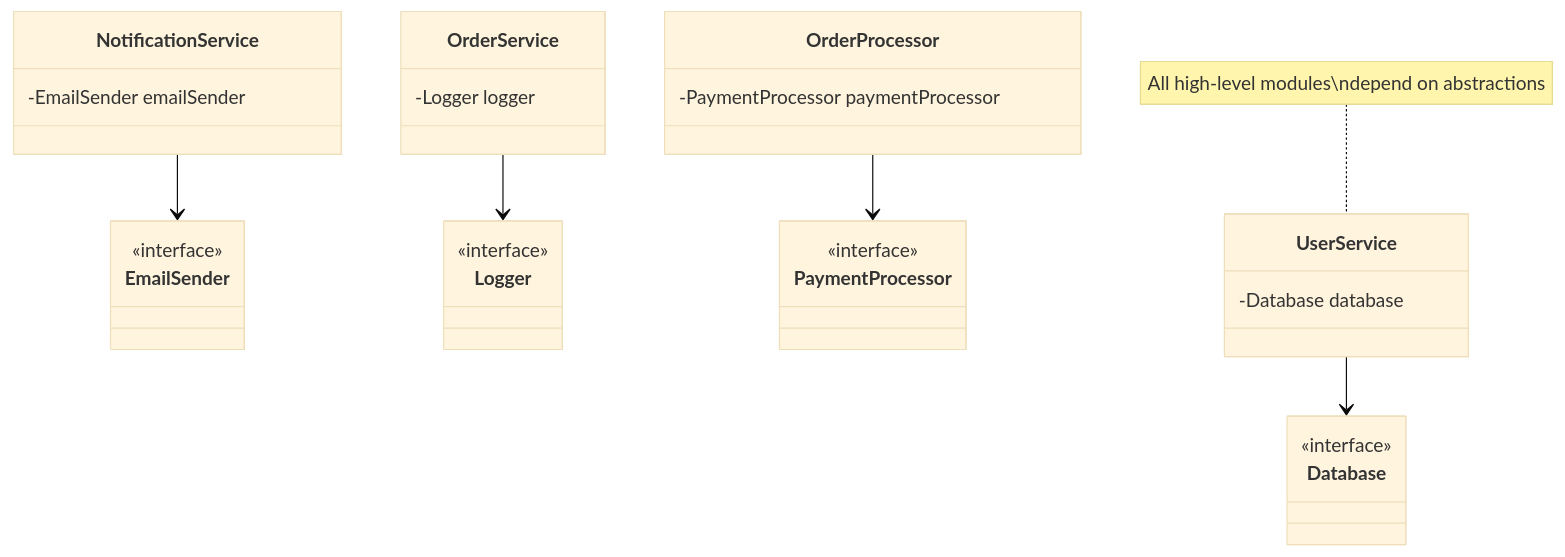
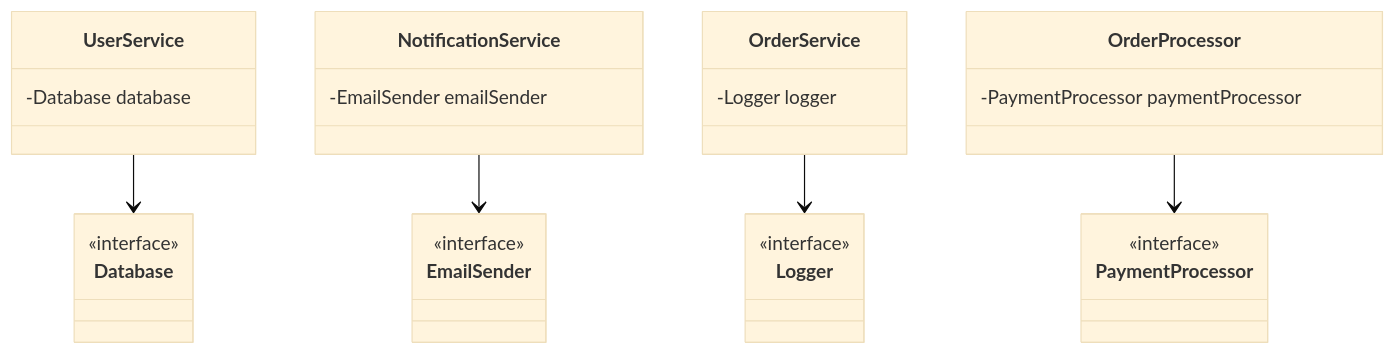
The second of 2 diagrams in Articles/SDT/Design Principles/SOLID/017 Dependency Inversion Principle - Fix.md (TroelsMortensen/Codelabs2), drawn with Mermaid (base theme) before and after one commit. The commit also changed other lines of this file and 10 other files, not shown here.

````diff
--- a/Articles/SDT/Design Principles/SOLID/017 Dependency Inversion Principle - Fix.md
+++ b/Articles/SDT/Design Principles/SOLID/017 Dependency Inversion Principle - Fix.md
@@ -321,41 +321,40 @@
 ```mermaid
 classDiagram
     class Database {
         <<interface>>
     }
     
     class EmailSender {
         <<interface>>
     }
     
     class Logger {
         <<interface>>
     }
     
     class PaymentProcessor {
         <<interface>>
     }
     
     class UserService {
         -Database database
     }
     
     class NotificationService {
         -EmailSender emailSender
     }
     
     class OrderService {
         -Logger logger
     }
     
     class OrderProcessor {
         -PaymentProcessor paymentProcessor
     }
     
     UserService --> Database
     NotificationService --> EmailSender
     OrderService --> Logger
     OrderProcessor --> PaymentProcessor
     
-    note for UserService "All high-level modules\ndepend on abstractions"
 ```
````
